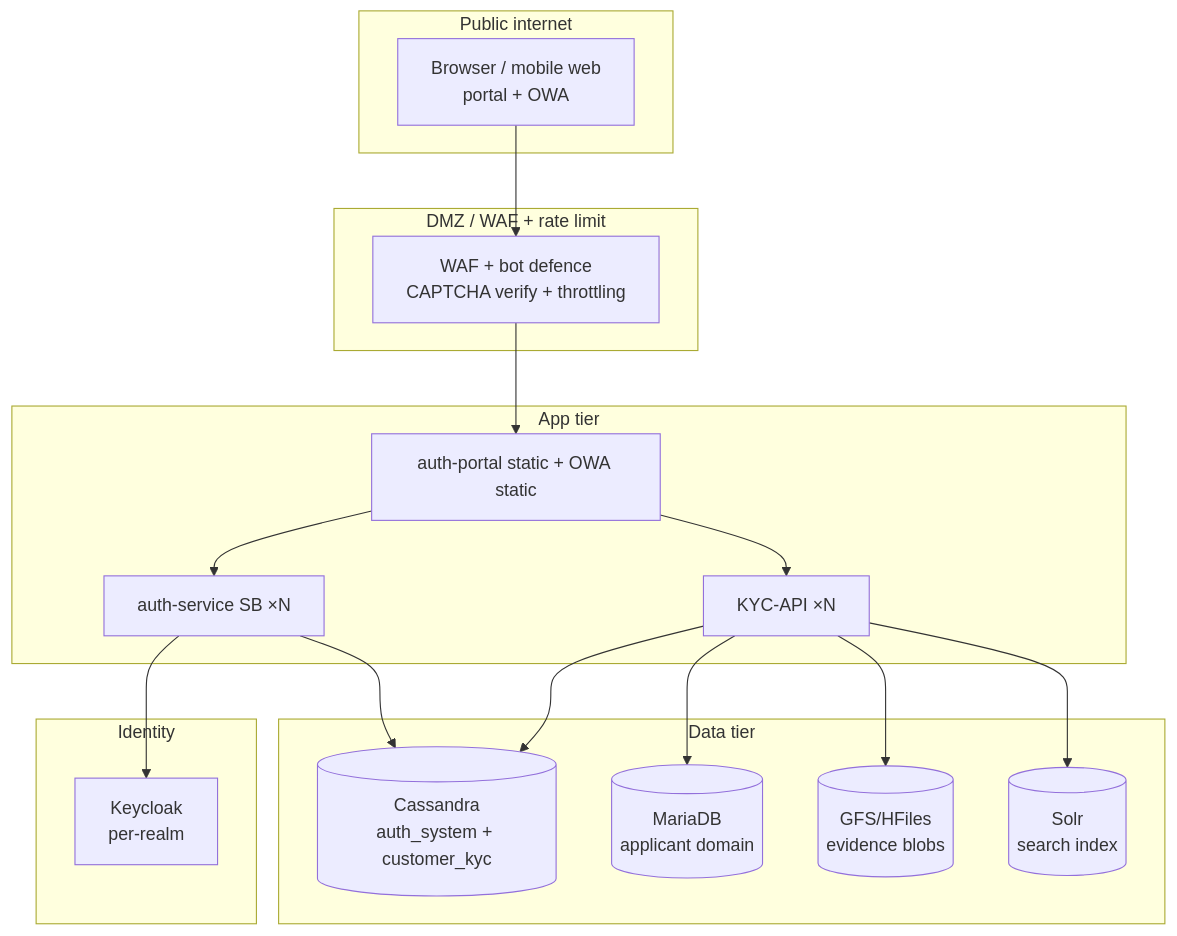
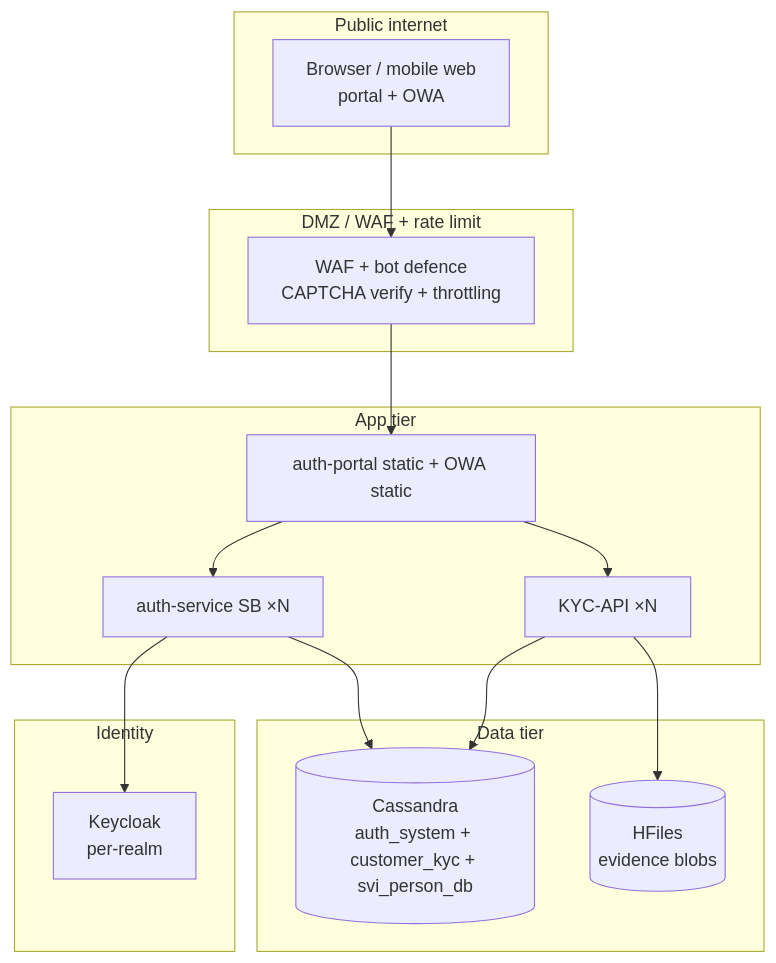
Before and after one commit to kevzo8/cps-272: diagram 15 of 15 in docs/02-architecture-diagrams.md, drawn with Mermaid. The commit also changed other lines of this file and 9 other files, not shown here.

````diff
--- a/docs/02-architecture-diagrams.md
+++ b/docs/02-architecture-diagrams.md
@@ -364,32 +364,28 @@
 ```mermaid
 flowchart TB
     subgraph CLIENT[Public internet]
         B[Browser / mobile web<br/>portal + OWA]
     end
     subgraph DMZ[DMZ / WAF + rate limit]
         WAF[WAF + bot defence<br/>CAPTCHA verify + throttling]
     end
     subgraph APP[App tier]
         PORTAL[auth-portal static + OWA static]
         AUTH[auth-service SB ×N]
         KYC[KYC-API ×N]
     end
     subgraph DATA[Data tier]
-        CAS[(Cassandra<br/>auth_system + customer_kyc)]
-        MAR[(MariaDB<br/>applicant domain)]
-        GFS[(GFS/HFiles<br/>evidence blobs)]
-        SOLR[(Solr<br/>search index)]
+        CAS[(Cassandra<br/>auth_system + customer_kyc + svi_person_db)]
+        GFS[(HFiles<br/>evidence blobs)]
     end
     subgraph IDP[Identity]
         KC[Keycloak<br/>per-realm]
     end
     B --> WAF --> PORTAL
     PORTAL --> AUTH
     PORTAL --> KYC
     AUTH --> CAS
     AUTH --> KC
-    KYC --> MAR
     KYC --> CAS
     KYC --> GFS
-    KYC --> SOLR
 ```
````
